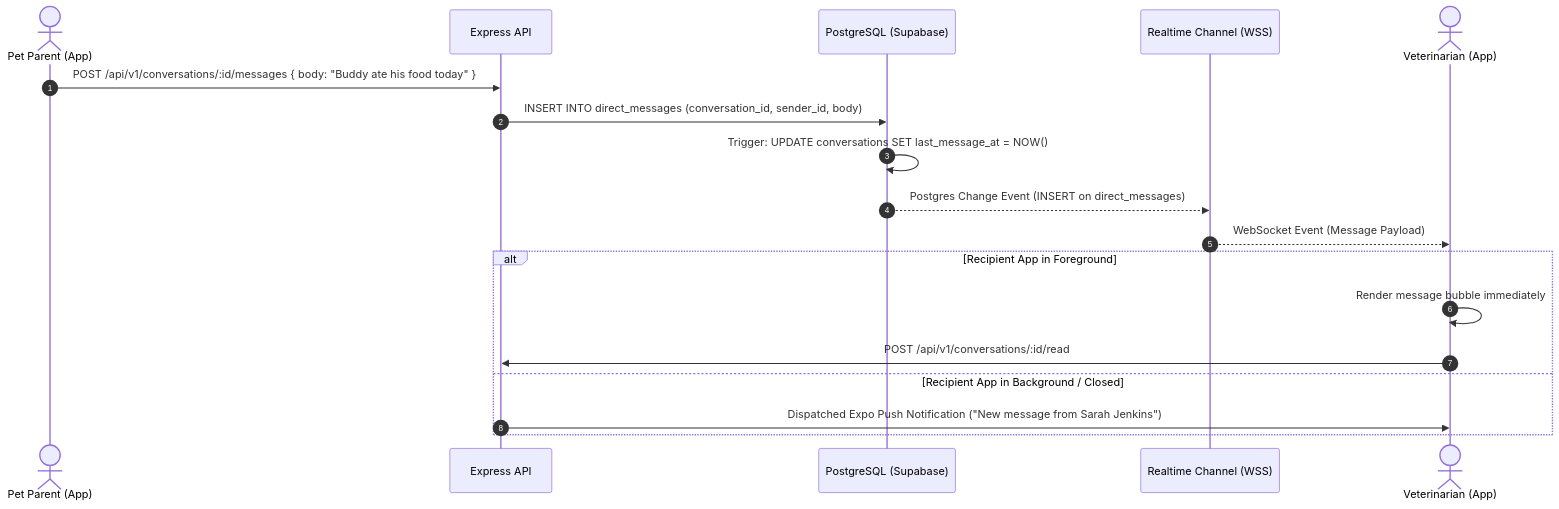
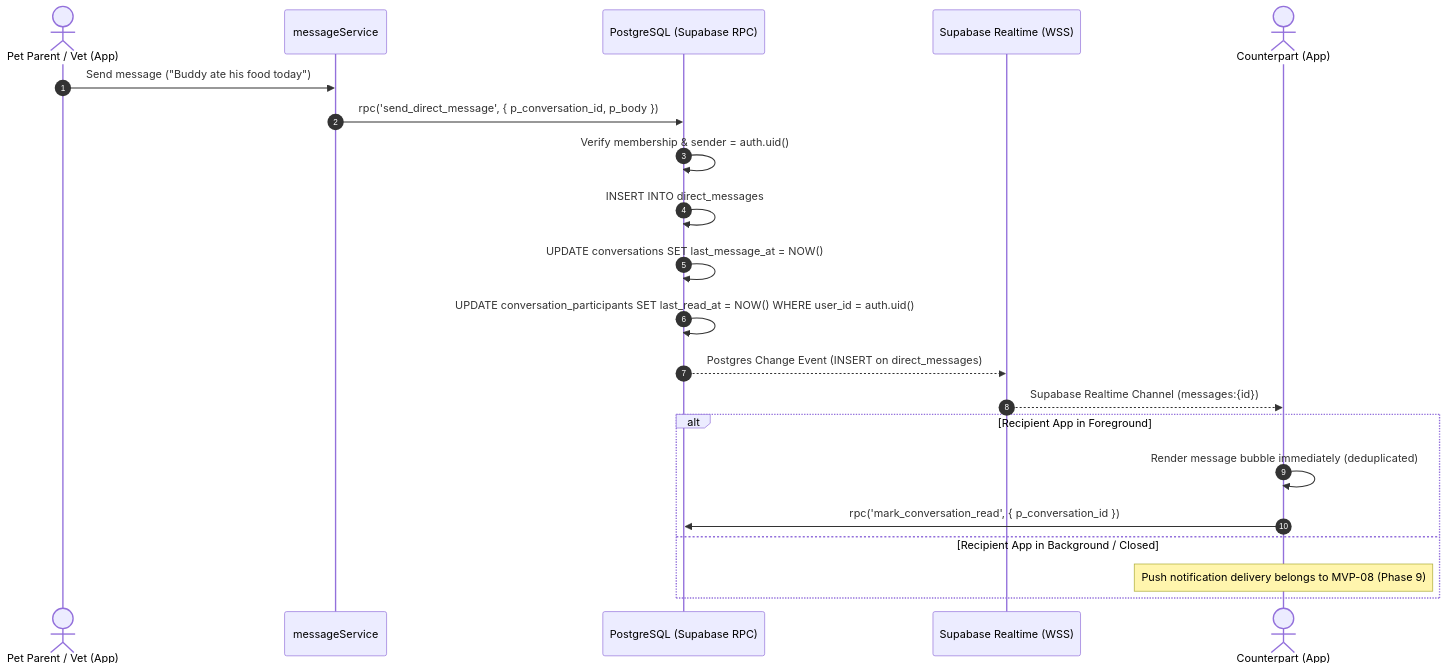
The diagram in docs/07-realtime/messaging.md (SaifIsCoder/vetopia), drawn with Mermaid before and after one commit. The commit also changed other lines of this file and 25 other files, not shown here.

Commit message:
feat(messaging): implement clinical messaging flow

````diff
--- a/docs/07-realtime/messaging.md
+++ b/docs/07-realtime/messaging.md
@@ -53,22 +57,25 @@
 ```mermaid
 sequenceDiagram
     autonumber
-    actor Sender as Pet Parent (App)
-    participant API as Express API
-    participant DB as PostgreSQL (Supabase)
-    participant Channel as Realtime Channel (WSS)
-    actor Recipient as Veterinarian (App)
+    actor Sender as Pet Parent / Vet (App)
+    participant Client as messageService
+    participant DB as PostgreSQL (Supabase RPC)
+    participant Channel as Supabase Realtime (WSS)
+    actor Recipient as Counterpart (App)
 
-    Sender->>API: POST /api/v1/conversations/:id/messages { body: "Buddy ate his food today" }
-    API->>DB: INSERT INTO direct_messages (conversation_id, sender_id, body)
-    DB->>DB: Trigger: UPDATE conversations SET last_message_at = NOW()
+    Sender->>Client: Send message ("Buddy ate his food today")
+    Client->>DB: rpc('send_direct_message', { p_conversation_id, p_body })
+    DB->>DB: Verify membership & sender = auth.uid()
+    DB->>DB: INSERT INTO direct_messages
+    DB->>DB: UPDATE conversations SET last_message_at = NOW()
+    DB->>DB: UPDATE conversation_participants SET last_read_at = NOW() WHERE user_id = auth.uid()
     DB-->>Channel: Postgres Change Event (INSERT on direct_messages)
-    Channel-->>Recipient: WebSocket Event (Message Payload)
+    Channel-->>Recipient: Supabase Realtime Channel (messages:{id})
     
     alt Recipient App in Foreground
-        Recipient->>Recipient: Render message bubble immediately
-        Recipient->>API: POST /api/v1/conversations/:id/read
+        Recipient->>Recipient: Render message bubble immediately (deduplicated)
+        Recipient->>DB: rpc('mark_conversation_read', { p_conversation_id })
     else Recipient App in Background / Closed
-        API->>Recipient: Dispatched Expo Push Notification ("New message from Sarah Jenkins")
+        Note over Recipient: Push notification delivery belongs to MVP-08 (Phase 9)
     end
 ```
````
